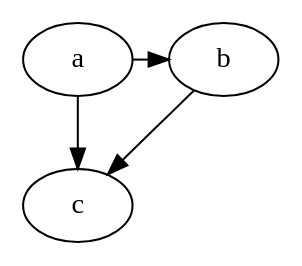
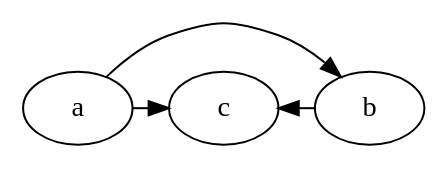
The diagram in dpdk/内存管理.md (sisyphus1212/note), drawn with Graphviz before and after one commit.

Commit message:
auto_update

````diff
--- a/dpdk/内存管理.md
+++ b/dpdk/内存管理.md
@@ -16,7 +16,7 @@
 ```graphviz
 digraph G {
-  a -> c;
+  a -> c [constraint=false];
   a -> b [constraint=false];
   b -> c [constraint=false];
 }
 ```
````
